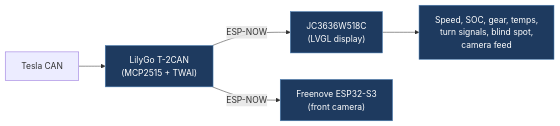
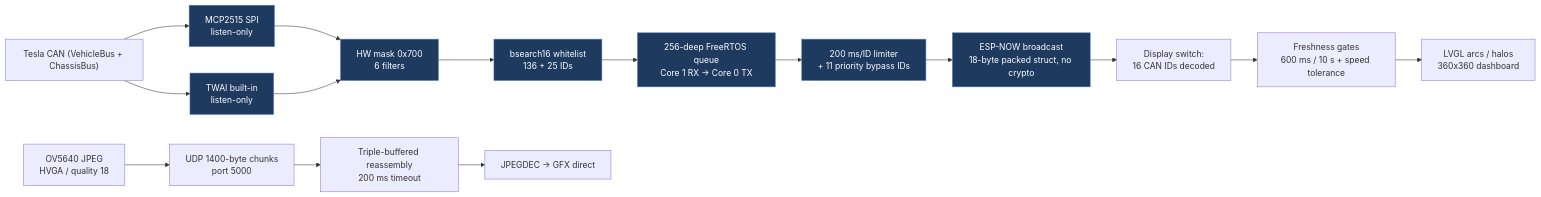
One commit to babico/TeslaCANModder changed the first of 4 diagrams in docs/legacy/bobmorane83-TeslaCam.md. Above: the diagram before and after it, drawn with Mermaid. The commit also changed other lines of this file and 99 other files, not shown here.

````diff
--- a/docs/legacy/bobmorane83-TeslaCam.md
+++ b/docs/legacy/bobmorane83-TeslaCam.md
@@ -26,9 +57,18 @@
 ```mermaid
 flowchart LR
-    Car["Tesla CAN"] --> Bridge["LilyGo T-2CAN<br/>(MCP2515 + TWAI)"]
-    Bridge -->|ESP-NOW| Disp["JC3636W518C<br/>(LVGL display)"]
-    Bridge -->|ESP-NOW| Cam["Freenove ESP32-S3<br/>(front camera)"]
-    Disp --> UI["Speed, SOC, gear, temps,<br/>turn signals, blind spot,<br/>camera feed"]
-    classDef path fill:#1e3a5f,stroke:#4a7fb5,color:#fff
-    class Bridge,Disp,Cam,UI path
+    Tesla["Tesla CAN (VehicleBus + ChassisBus)"] --> MCP["MCP2515 SPI<br/>listen-only"]
+    Tesla --> TWAI["TWAI built-in<br/>listen-only"]
+    MCP & TWAI --> HW["HW mask 0x700<br/>6 filters"]
+    HW --> Q["bsearch16 whitelist<br/>136 + 25 IDs"]
+    Q --> Queue["256-deep FreeRTOS queue<br/>Core 1 RX → Core 0 TX"]
+    Queue --> Rate["200 ms/ID limiter<br/>+ 11 priority bypass IDs"]
+    Rate --> ESP["ESP-NOW broadcast<br/>18-byte packed struct, no crypto"]
+    ESP --> Decode["Display switch:<br/>16 CAN IDs decoded"]
+    Decode --> Gate["Freshness gates<br/>600 ms / 10 s + speed tolerance"]
+    Gate --> LVGL["LVGL arcs / halos<br/>360x360 dashboard"]
+    Cam["OV5640 JPEG<br/>HVGA / quality 18"] --> UDP["UDP 1400-byte chunks<br/>port 5000"]
+    UDP --> Reasm["Triple-buffered reassembly<br/>200 ms timeout"]
+    Reasm --> JPEG["JPEGDEC → GFX direct"]
+    classDef passthrough fill:#1e3a5f,stroke:#4a7fb5,color:#fff
+    class MCP,TWAI,HW,Q,Queue,Rate,ESP passthrough
 ```
````
